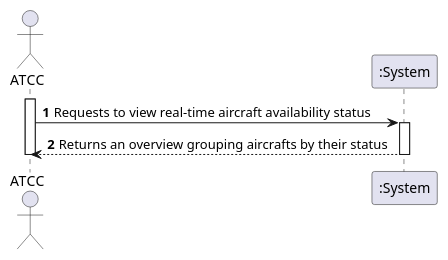
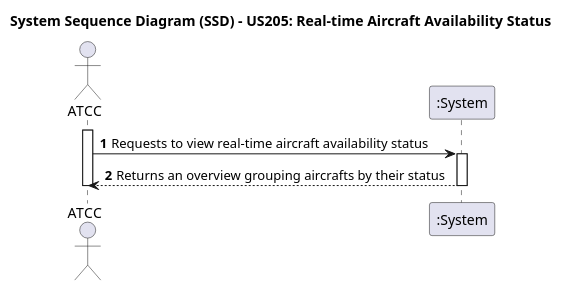
Before and after one commit to Andre-1240567/psoft2026_2DB_1240567_1241013_1240624: the diagram in docs/use-cases/WP#1B/US205/puml/US205-SSD.puml, drawn with PlantUML. The commit also changed 28 other files, not shown here.

```diff
--- a/docs/use-cases/WP#1B/US205/puml/US205-SSD.puml
+++ b/docs/use-cases/WP#1B/US205/puml/US205-SSD.puml
@@ -1,15 +1,17 @@
-@startuml
+@startuml US205-SSD
 autonumber
+title System Sequence Diagram (SSD) - US205: Real-time Aircraft Availability Status
+
 actor "ATCC" as ATCC
 
 participant ":System" as SYS
 
 activate ATCC
 
 ATCC -> SYS : Requests to view real-time aircraft availability status
 activate SYS
 SYS --> ATCC : Returns an overview grouping aircrafts by their status
 deactivate SYS
 
 deactivate ATCC
 @enduml
```
